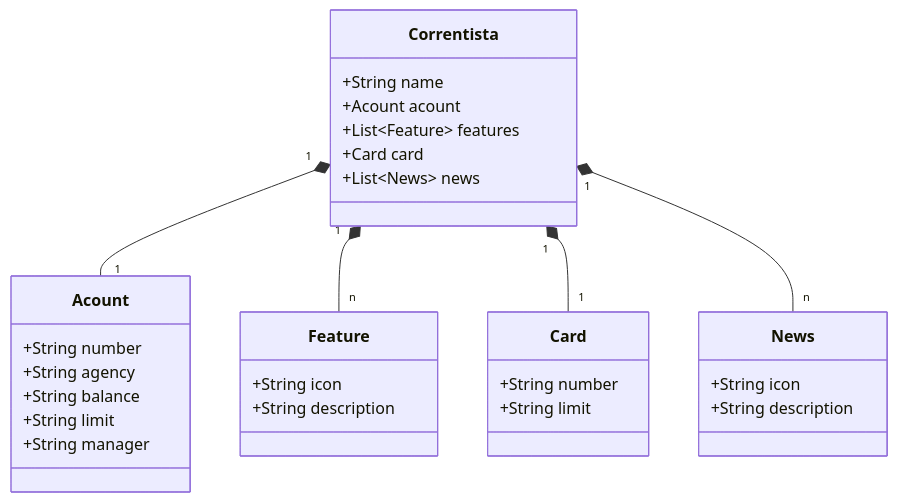
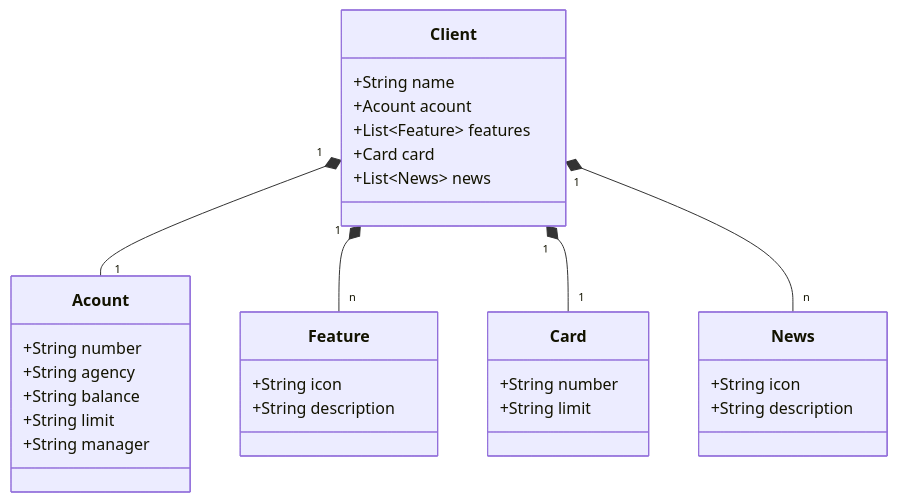
One commit to Gfsilva13/decolatech-2025 changed the diagram in README.md. Above: the diagram before and after it, drawn with Mermaid.

Commit message:
Update README.md
Alteração do nome da classe Correntista da Client

````diff
--- a/README.md
+++ b/README.md
@@ -6,38 +6,38 @@
 ```mermaid
 classDiagram
-    class Correntista {
+    class Client {
         +String name
         +Acount acount
         +List~Feature~ features
         +Card card
         +List~News~ news
     }
 
     class Acount {
         +String number
         +String agency
         +String balance
         +String limit
         +String manager
     }
 
     class Feature {
         +String icon
         +String description
     }
 
     class Card {
         +String number
         +String limit
     }
 
     class News {
         +String icon
         +String description
     }
 
-    Correntista "1"* -- "1" Acount
-    Correntista "1"* -- "n" Feature
-    Correntista "1"* -- "1" Card 
-    Correntista "1"* -- "n" News 
+    Client "1"* -- "1" Acount
+    Client "1"* -- "n" Feature
+    Client "1"* -- "1" Card 
+    Client "1"* -- "n" News 
 ```
````
